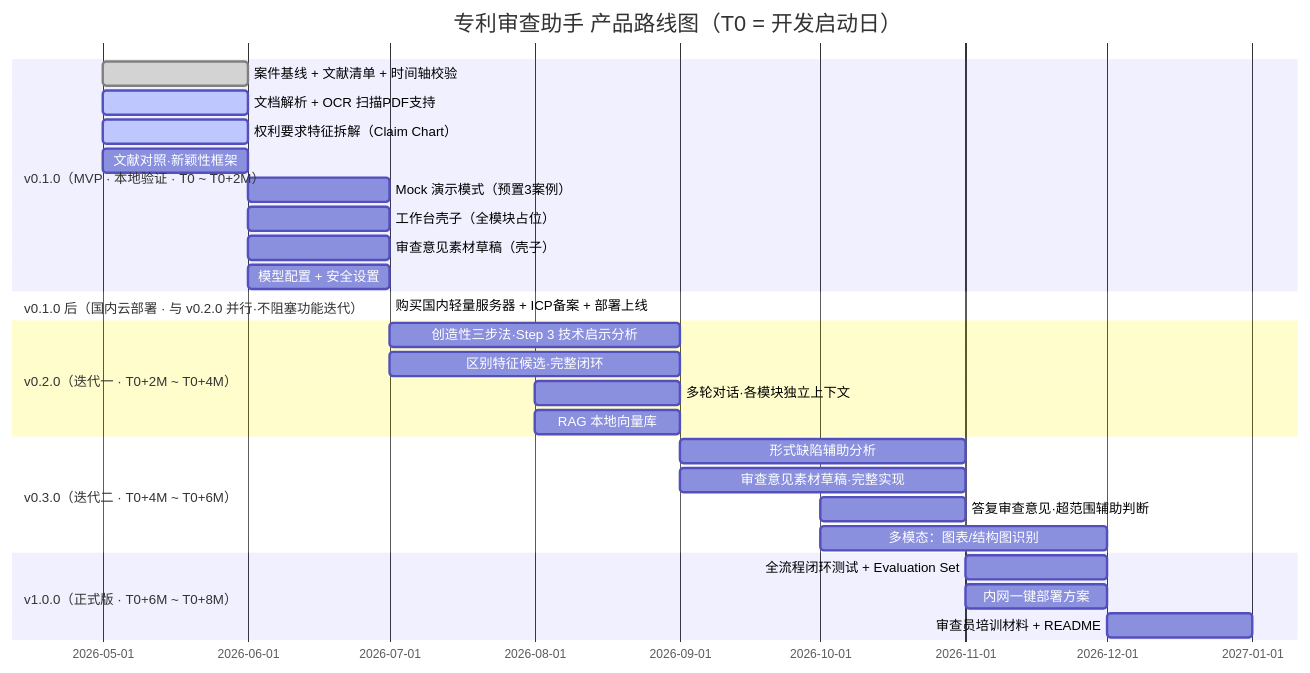
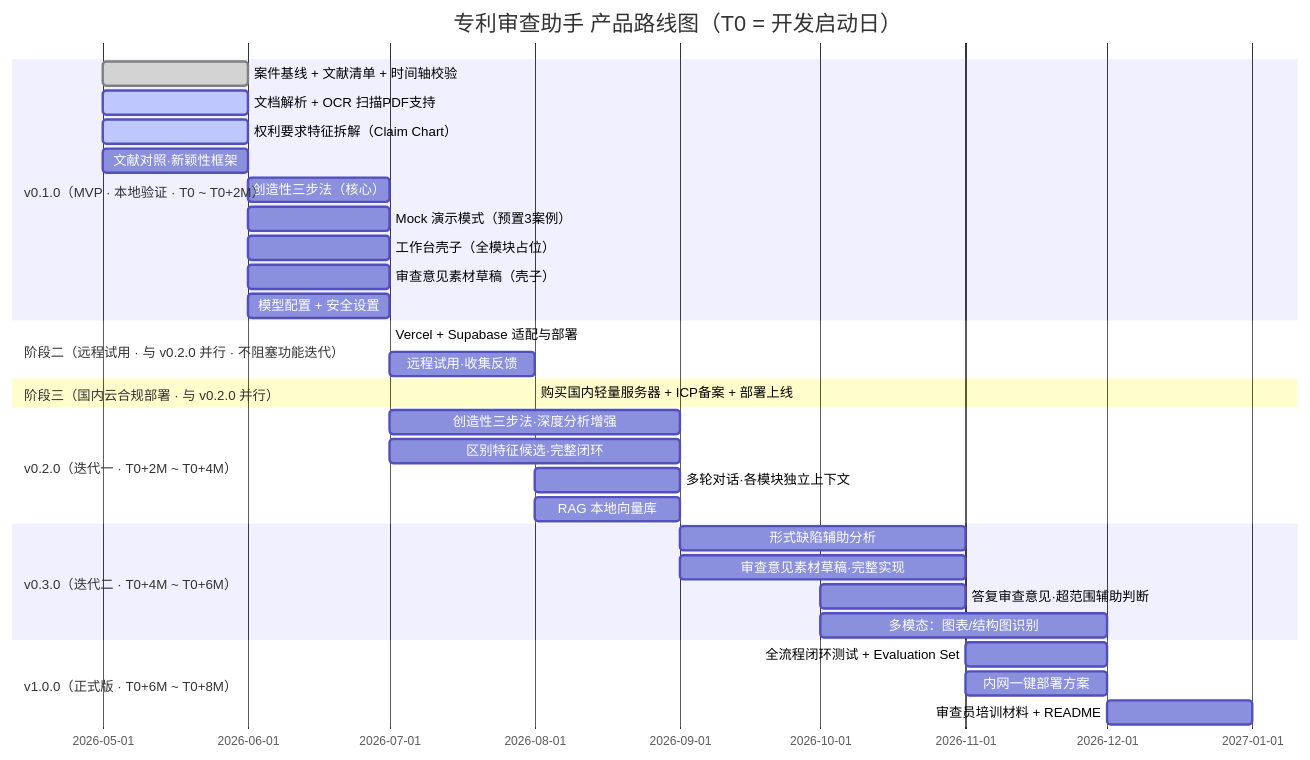
The sixth of 6 diagrams in PRD.md (wukun2005-gif/patentExaminator), drawn with Mermaid before and after one commit. The commit also changed other lines of this file and 4 other files, not shown here.

````diff
--- a/PRD.md
+++ b/PRD.md
@@ -544,30 +576,34 @@
 ```mermaid
 gantt
     title 专利审查助手 产品路线图（T0 = 开发启动日）
     dateFormat  YYYY-MM
     section v0.1.0（MVP · 本地验证 · T0 ~ T0+2M）
     案件基线 + 文献清单 + 时间轴校验    :done,    2026-05, 1M
     文档解析 + OCR 扫描PDF支持          :active,  2026-05, 1M
     权利要求特征拆解（Claim Chart）      :active,  2026-05, 1M
     文献对照·新颖性框架                  :         2026-05, 1M
+    创造性三步法（核心）                  :         2026-06, 1M
     Mock 演示模式（预置3案例）            :         2026-06, 1M
     工作台壳子（全模块占位）              :         2026-06, 1M
     审查意见素材草稿（壳子）              :         2026-06, 1M
     模型配置 + 安全设置                  :         2026-06, 1M
-    section v0.1.0 后（国内云部署 · 与 v0.2.0 并行·不阻塞功能迭代）
-    购买国内轻量服务器 + ICP备案 + 部署上线  :         2026-07, 0.5M
+    section 阶段二（远程试用 · 与 v0.2.0 并行 · 不阻塞功能迭代）
+    Vercel + Supabase 适配与部署          :         2026-07, 0.5M
+    远程试用·收集反馈                     :         2026-07, 1M
+    section 阶段三（国内云合规部署 · 与 v0.2.0 并行）
+    购买国内轻量服务器 + ICP备案 + 部署上线  :         2026-08, 0.5M
     section v0.2.0（迭代一 · T0+2M ~ T0+4M）
-    创造性三步法·Step 3 技术启示分析     :         2026-07, 2M
+    创造性三步法·深度分析增强            :         2026-07, 2M
     区别特征候选·完整闭环                :         2026-07, 2M
     多轮对话·各模块独立上下文            :         2026-08, 1M
     RAG 本地向量库                       :         2026-08, 1M
     section v0.3.0（迭代二 · T0+4M ~ T0+6M）
     形式缺陷辅助分析                     :         2026-09, 2M
     审查意见素材草稿·完整实现            :         2026-09, 2M
     答复审查意见·超范围辅助判断          :         2026-10, 1M
     多模态：图表/结构图识别              :         2026-10, 2M
     section v1.0.0（正式版 · T0+6M ~ T0+8M）
     全流程闭环测试 + Evaluation Set      :         2026-11, 1M
     内网一键部署方案                     :         2026-11, 1M
     审查员培训材料 + README              :         2026-12, 1M
 ```
````
